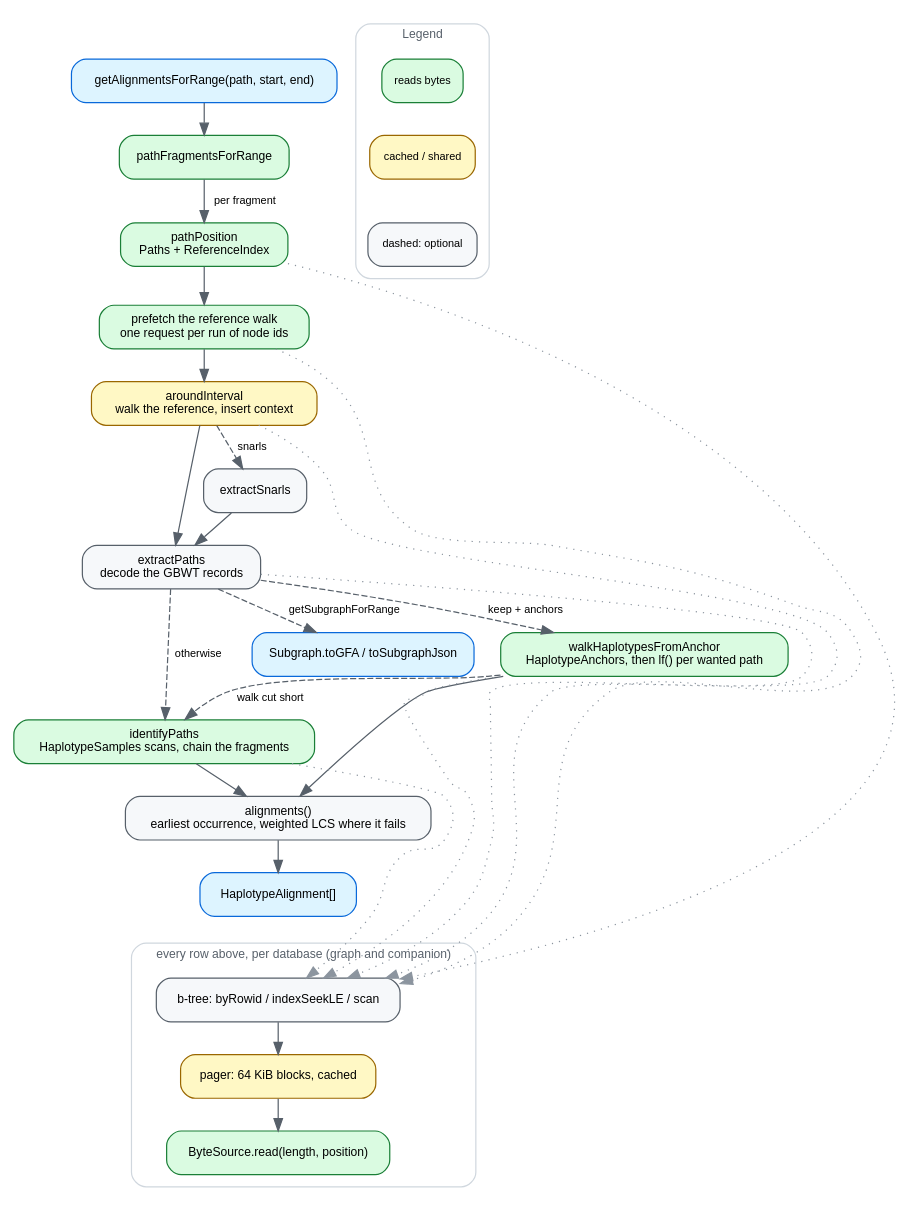
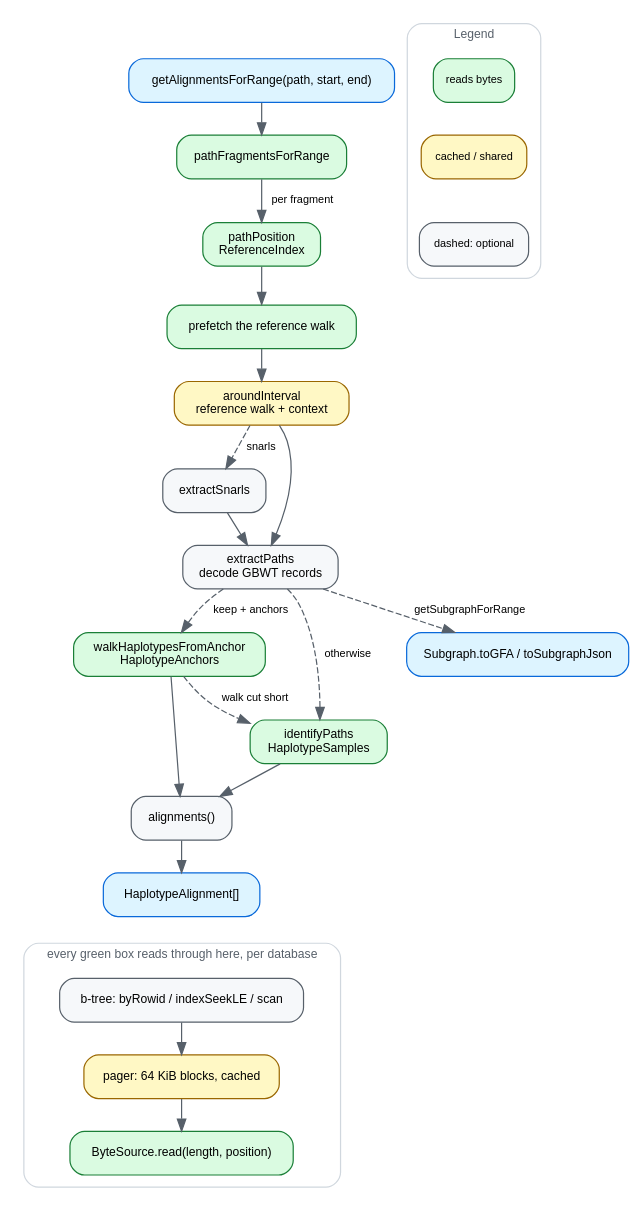
One commit to GMOD/gbz-base-js changed the diagram in docs/img/dataflow.dot. Above: the diagram before and after it, drawn with Graphviz. The commit also changed 2 other files, not shown here.

Commit message:
Let the storage cluster stand alone, and cut the labels back to the names
The six dotted edges from the green boxes down to the b-tree crossed the whole
spine to say what the cluster can say in its own label. The second lines of the
step labels are back to a word or two past the function name; dataflow.md
already carries the rest.

Claude-Session: https://claude.ai/code/session_015LAxSXitDpBvUgDdh6PrDQ

```diff
--- a/docs/img/dataflow.dot
+++ b/docs/img/dataflow.dot
@@ -1,93 +1,90 @@
 // Source for docs/img/dataflow.svg, which docs/dataflow.md embeds.
 // Regenerate with: dot -Tsvg docs/img/dataflow.dot -o docs/img/dataflow.svg
 //
 // Deliberately the MAIN PATH only — the node and --between queries, snarl
 // extension and the fragment joining are described in dataflow.md instead. A
 // diagram that shows every branch stops being the thing you look at first.
 // The two identification routes ARE in, because which one a query takes is
 // the difference between reading a set of haplotypes and reading the graph.
+// Step labels stay to one or two words past the function name for the same
+// reason; dataflow.md carries the rest.
+//
+// The storage cluster hangs off nothing on purpose. Every green box reads
+// through it, and drawing those six edges buried the spine they cross.
 //
 // SYNC: ~/src/gmod/bam-js/docs/img/dataflow.dot — same palette, legend and
 // spine, and tabix-js, cram-js and hic share them too. The orange "wasm" and
 // purple "off the main thread" entries of that legend are absent here rather
 // than restyled: nothing in this reader is wasm (docs/why-not-wasm.md is why)
 // and it puts nothing on a thread of its own — JBrowse runs the whole thing
 // in an RPC worker instead.
 digraph gbzbasejs {
   rankdir=TB
   bgcolor="white"
   nodesep=0.3
   ranksep=0.36
   node [shape=box style="filled,rounded" fillcolor="#f6f8fa" color="#57606a"
         fontname="Helvetica" fontsize=10 margin="0.14,0.07"]
   edge [color="#57606a" fontname="Helvetica" fontsize=9]
 
   query    [label="getAlignmentsForRange(path, start, end)" fillcolor="#ddf4ff" color="#0969da"]
   frags    [label="pathFragmentsForRange" fillcolor="#dafbe1" color="#1a7f37"]
-  pos      [label="pathPosition\nPaths + ReferenceIndex" fillcolor="#dafbe1" color="#1a7f37"]
-  prefetch [label="prefetch the reference walk\none request per run of node ids" fillcolor="#dafbe1" color="#1a7f37"]
-  walk     [label="aroundInterval\nwalk the reference, insert context" fillcolor="#fff8c5" color="#9a6700"]
+  pos      [label="pathPosition\nReferenceIndex" fillcolor="#dafbe1" color="#1a7f37"]
+  prefetch [label="prefetch the reference walk" fillcolor="#dafbe1" color="#1a7f37"]
+  walk     [label="aroundInterval\nreference walk + context" fillcolor="#fff8c5" color="#9a6700"]
   snarls   [label="extractSnarls"]
-  extract  [label="extractPaths\ndecode the GBWT records"]
-  anchored [label="walkHaplotypesFromAnchor\nHaplotypeAnchors, then lf() per wanted path" fillcolor="#dafbe1" color="#1a7f37"]
-  sampled  [label="identifyPaths\nHaplotypeSamples scans, chain the fragments" fillcolor="#dafbe1" color="#1a7f37"]
-  align    [label="alignments()\nearliest occurrence, weighted LCS where it fails"]
+  extract  [label="extractPaths\ndecode GBWT records"]
+  anchored [label="walkHaplotypesFromAnchor\nHaplotypeAnchors" fillcolor="#dafbe1" color="#1a7f37"]
+  sampled  [label="identifyPaths\nHaplotypeSamples" fillcolor="#dafbe1" color="#1a7f37"]
+  align    [label="alignments()"]
   out      [label="HaplotypeAlignment[]" fillcolor="#ddf4ff" color="#0969da"]
   gfa      [label="Subgraph.toGFA / toSubgraphJson" fillcolor="#ddf4ff" color="#0969da"]
 
   query -> frags
   frags -> pos [label=" per fragment "]
   pos -> prefetch
   prefetch -> walk
   walk -> snarls [style=dashed label=" snarls "]
   walk -> extract
   snarls -> extract
   extract -> anchored [style=dashed label=" keep + anchors " weight=6]
   extract -> sampled [style=dashed label=" otherwise " weight=6]
   anchored -> align
   sampled -> align
   anchored -> sampled [style=dashed label=" walk cut short "]
   align -> out [weight=10]
   extract -> gfa [style=dashed label=" getSubgraphForRange " weight=0]
 
   subgraph cluster_store {
-    label="every row above, per database (graph and companion)"
+    label="every green box reads through here, per database"
     labelloc="t"
     fontname="Helvetica"
     fontsize=10
     fontcolor="#57606a"
     color="#d0d7de"
     style="rounded"
     margin=10
     btree [label="b-tree: byRowid / indexSeekLE / scan"]
     pager [label="pager: 64 KiB blocks, cached" fillcolor="#fff8c5" color="#9a6700"]
     source [label="ByteSource.read(length, position)" fillcolor="#dafbe1" color="#1a7f37"]
     btree -> pager -> source
   }
 
   out -> btree [style=invis weight=10]
-
-  edge [style=dotted color="#8c959f" constraint=false]
-  pos -> btree
-  prefetch -> btree
-  walk -> btree
-  extract -> btree
-  anchored -> btree
-  sampled -> btree
 
   subgraph cluster_legend {
     label="Legend"
     labelloc="t"
     fontname="Helvetica"
     fontsize=10
     fontcolor="#57606a"
     color="#d0d7de"
     style="rounded"
     margin=10
     node [shape=box style="filled,rounded" fontsize=9 margin="0.1,0.04"]
     l1 [label="reads bytes" fillcolor="#dafbe1" color="#1a7f37"]
     l2 [label="cached / shared" fillcolor="#fff8c5" color="#9a6700"]
     l3 [label="dashed: optional" fillcolor="#f6f8fa" color="#57606a"]
     l1 -> l2 -> l3 [style=invis constraint=true]
   }
 }
```
